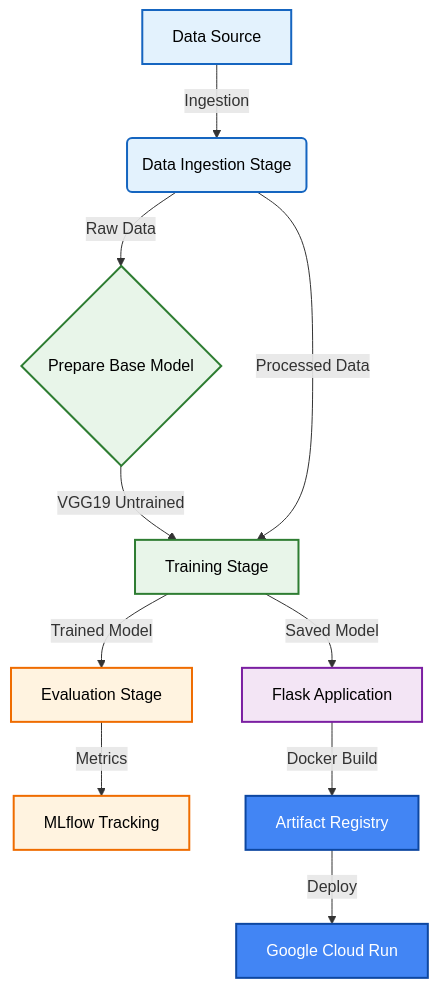
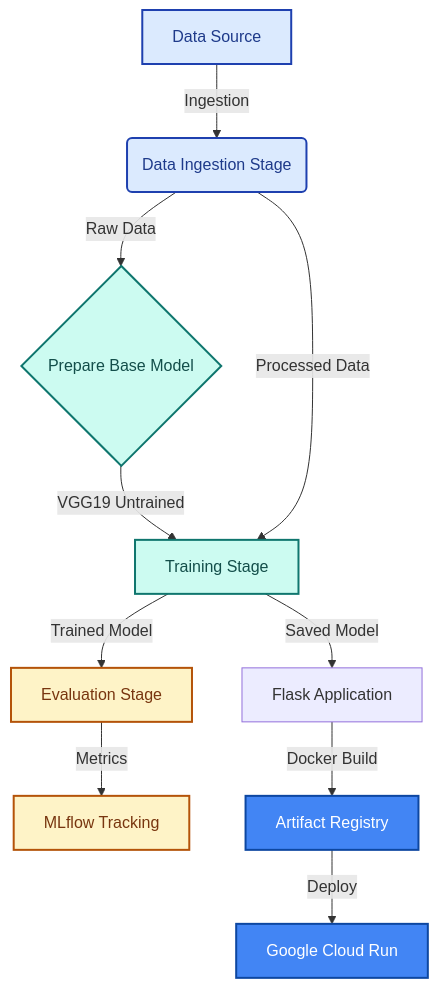
One commit to DarkFoot101/Brain-Tumor-Analysis-MLOps changed the diagram in README.md. Above: the diagram before and after it, drawn with Mermaid.

````diff
--- a/README.md
+++ b/README.md
@@ -58,25 +58,30 @@
 ```mermaid
 graph TD
-    A[Data Source] -->|Ingestion| B(Data Ingestion Stage)
-    B -->|Raw Data| C{Prepare Base Model}
-    C -->|VGG19 Untrained| D[Training Stage]
-    B -->|Processed Data| D
-    D -->|Trained Model| E[Evaluation Stage]
-    E -->|Metrics| F[MLflow Tracking]
-    D -->|Saved Model| G[Flask Application]
-    G -->|Docker Build| H[Artifact Registry]
-    H -->|Deploy| I[Google Cloud Run]
+    A[Data Source] -->|Ingestion| B(Data Ingestion Stage)
+    B -->|Raw Data| C{Prepare Base Model}
+    C -->|VGG19 Untrained| D[Training Stage]
+    B -->|Processed Data| D
+    D -->|Trained Model| E[Evaluation Stage]
+    E -->|Metrics| F[MLflow Tracking]
+    D -->|Saved Model| G[Flask Application]
+    G -->|Docker Build| H[Artifact Registry]
+    H -->|Deploy| I[Google Cloud Run]
 
-    %% Styling
-    classDef data fill:#e3f2fd,stroke:#1565c0,stroke-width:2px,color:#000
-    classDef process fill:#e8f5e9,stroke:#2e7d32,stroke-width:2px,color:#000
-    classDef model fill:#fff3e0,stroke:#ef6c00,stroke-width:2px,color:#000
-    classDef deploy fill:#f3e5f5,stroke:#7b1fa2,stroke-width:2px,color:#000
-    classDef gcp fill:#4285F4,stroke:#0d47a1,stroke-width:2px,color:#fff
+    %% Styling - Modern Professional Palette
+    %% Data: Clean Blues
+    classDef data fill:#dbeafe,stroke:#1e40af,stroke-width:2px,color:#1e3a8a
+    %% Process: Teals/Cyans
+    classDef process fill:#ccfbf1,stroke:#0f766e,stroke-width:2px,color:#134e4a
+    %% Model/Evaluation: Warm Amber/Oranges
+    classDef model fill:#fef3c7,stroke:#b45309,stroke-width:2px,color:#78350f
+    %% Deploy: Indigos/Purples
+    classDef deploy fill:#e0e7ff,stroke:#3730a3,stroke-width:2px,color:#312e81
+    %% GCP: Standard Google Blue
+    classDef gcp fill:#4285F4,stroke:#0d47a1,stroke-width:2px,color:#fff
 
-    class A,B data
-    class C,D process
-    class E,F model
-    class G deploy
-    class H,I gcp
+    class A,B data
+    class C,D process
+    class E,F model
+    class G deplo
+    class H,I gcp
 ```
````
